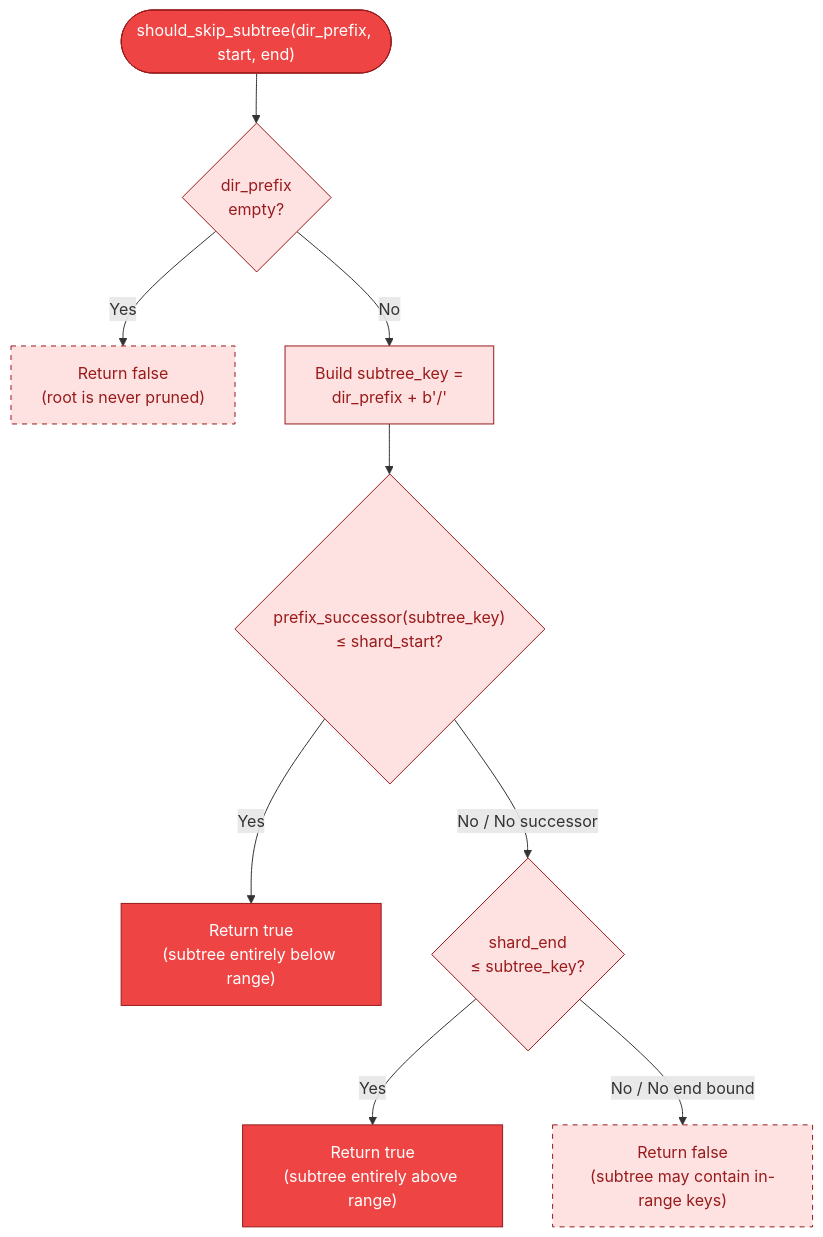
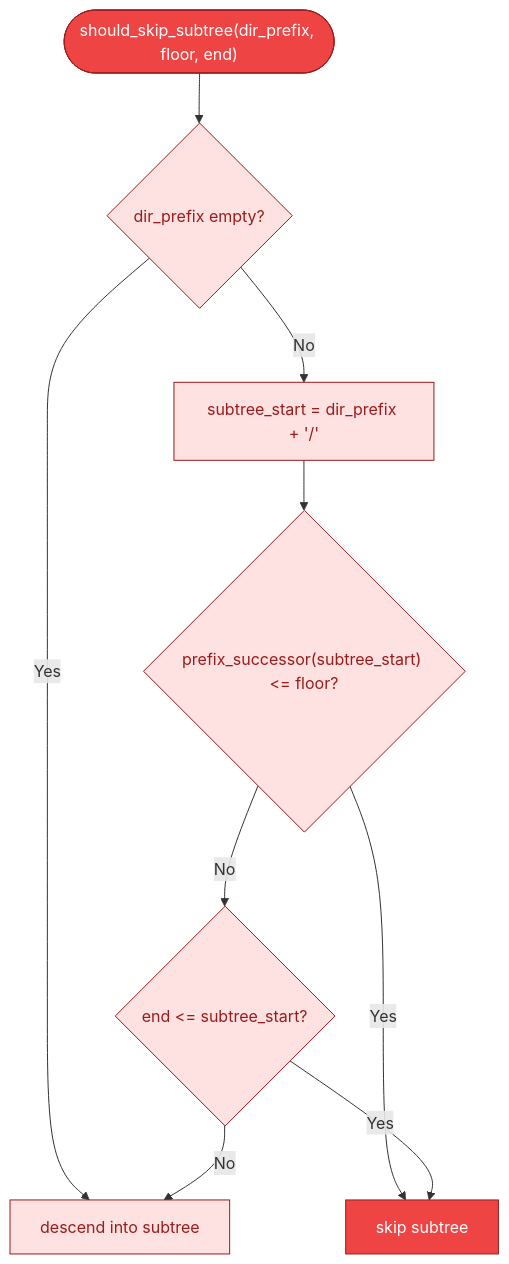
Before and after one commit to ahrav/Gossip-rs: the third of 5 diagrams in diagrams/17-filesystem-walk-state-machine.md, drawn with Mermaid. The commit also changed other lines of this file and 10 other files, not shown here.

````diff
--- a/diagrams/17-filesystem-walk-state-machine.md
+++ b/diagrams/17-filesystem-walk-state-machine.md
@@ -207,26 +124,27 @@
 ```mermaid
 %% Diagram: subtree-pruning-logic
 flowchart TD
-    START(["should_skip_subtree(dir_prefix, start, end)"]) --> EMPTY{dir_prefix<br/>empty?}
+    START(["should_skip_subtree(dir_prefix, floor, end)"])
+    EMPTY{"dir_prefix empty?"}
+    SUBTREE["subtree_start = dir_prefix + '/'"]
+    BELOW{"prefix_successor(subtree_start) <= floor?"}
+    ABOVE{"end <= subtree_start?"}
+    KEEP["descend into subtree"]
+    SKIP["skip subtree"]
 
-    EMPTY -->|Yes| KEEP["Return false<br/>(root is never pruned)"]
-    EMPTY -->|No| BUILD["Build subtree_key =<br/>dir_prefix + b'/'"]
-
-    BUILD --> CHECK_BELOW{"prefix_successor(subtree_key)<br/>≤ shard_start?"}
-
-    CHECK_BELOW -->|Yes| SKIP_BELOW["Return true<br/>(subtree entirely below range)"]
-    CHECK_BELOW -->|No / No successor| CHECK_ABOVE{"shard_end<br/>≤ subtree_key?"}
-
-    CHECK_ABOVE -->|Yes| SKIP_ABOVE["Return true<br/>(subtree entirely above range)"]
-    CHECK_ABOVE -->|No / No end bound| KEEP2["Return false<br/>(subtree may contain in-range keys)"]
+    START --> EMPTY
+    EMPTY -->|"Yes"| KEEP
+    EMPTY -->|"No"| SUBTREE --> BELOW
+    BELOW -->|"Yes"| SKIP
+    BELOW -->|"No"| ABOVE
+    ABOVE -->|"Yes"| SKIP
+    ABOVE -->|"No"| KEEP
 
     style START fill:#EF4444,stroke:#991B1B,color:#FFFFFF
     style EMPTY fill:#FEE2E2,stroke:#991B1B,color:#991B1B
-    style BUILD fill:#FEE2E2,stroke:#991B1B,color:#991B1B
-    style CHECK_BELOW fill:#FEE2E2,stroke:#991B1B,color:#991B1B
-    style CHECK_ABOVE fill:#FEE2E2,stroke:#991B1B,color:#991B1B
-    style KEEP fill:#FEE2E2,stroke:#991B1B,color:#991B1B,stroke-dasharray: 5 5
-    style KEEP2 fill:#FEE2E2,stroke:#991B1B,color:#991B1B,stroke-dasharray: 5 5
-    style SKIP_BELOW fill:#EF4444,stroke:#991B1B,color:#FFFFFF
-    style SKIP_ABOVE fill:#EF4444,stroke:#991B1B,color:#FFFFFF
+    style SUBTREE fill:#FEE2E2,stroke:#991B1B,color:#991B1B
+    style BELOW fill:#FEE2E2,stroke:#991B1B,color:#991B1B
+    style ABOVE fill:#FEE2E2,stroke:#991B1B,color:#991B1B
+    style KEEP fill:#FEE2E2,stroke:#991B1B,color:#991B1B
+    style SKIP fill:#EF4444,stroke:#991B1B,color:#FFFFFF
 ```
````
